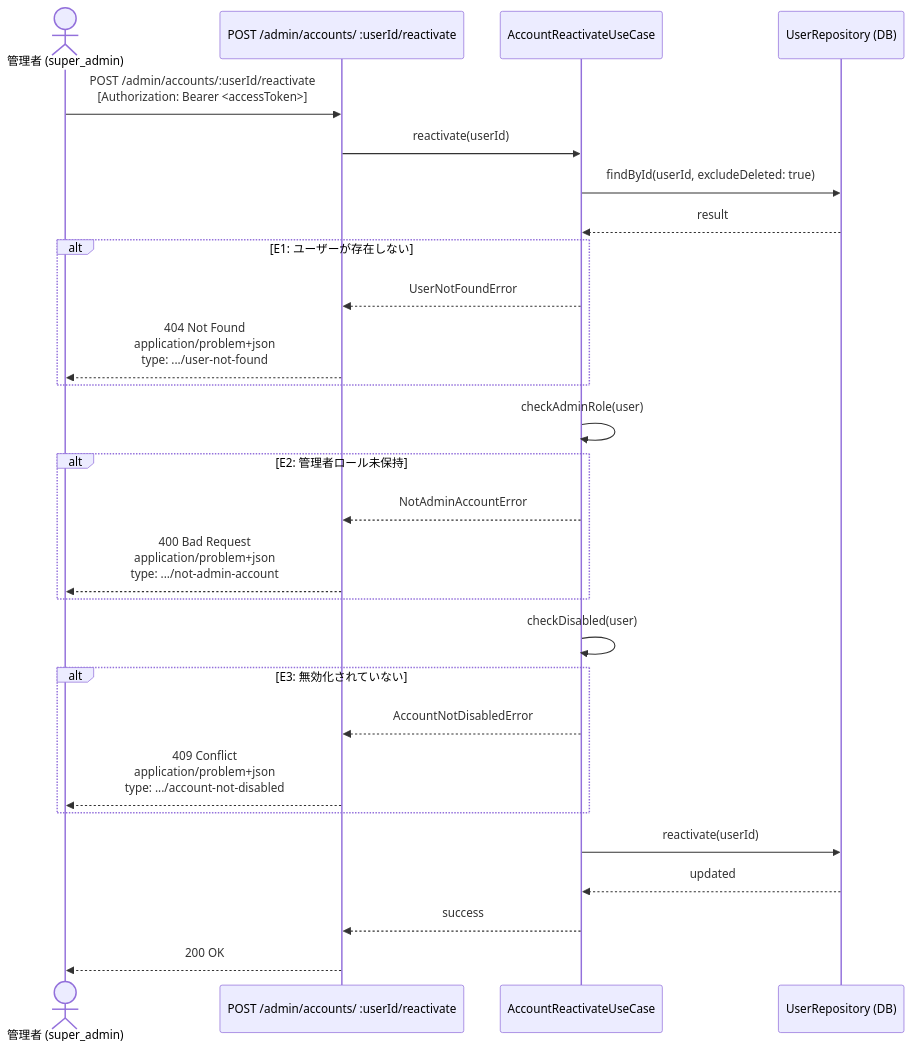
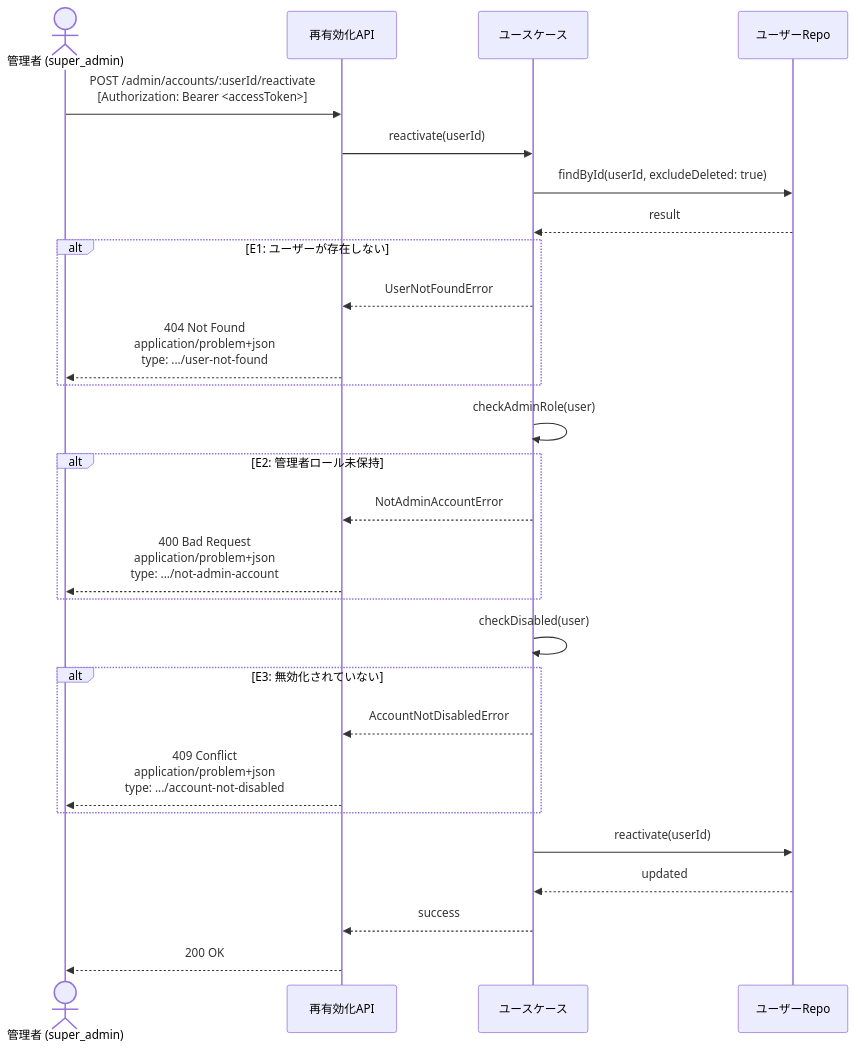
One commit to suunet/POC_HYDRA_AUTH changed the second of 2 diagrams in .docs/design/buc/BUC-A05.md. Above: the diagram before and after it, drawn with Mermaid. The commit also changed 15 other files, not shown here.

````diff
--- a/.docs/design/buc/BUC-A05.md
+++ b/.docs/design/buc/BUC-A05.md
@@ -95,29 +95,29 @@
 ```mermaid
 sequenceDiagram
-  actor 管理者 as 管理者 (super_admin)
-  participant 再有効化API as POST /admin/accounts/ :userId/reactivate
-  participant ユースケース as AccountReactivateUseCase
-  participant ユーザーRepo as UserRepository (DB)
-  管理者->>再有効化API: POST /admin/accounts/:userId/reactivate<br/>[Authorization: Bearer <accessToken>]
-  再有効化API->>ユースケース: reactivate(userId)
-  ユースケース->>ユーザーRepo: findById(userId, excludeDeleted: true)
-  ユーザーRepo-->>ユースケース: result
+  actor Admin as 管理者 (super_admin)
+  participant ReactivateAPI as 再有効化API
+  participant UseCase as ユースケース
+  participant UserRepo as ユーザーRepo
+  Admin->>ReactivateAPI: POST /admin/accounts/:userId/reactivate<br/>[Authorization: Bearer <accessToken>]
+  ReactivateAPI->>UseCase: reactivate(userId)
+  UseCase->>UserRepo: findById(userId, excludeDeleted: true)
+  UserRepo-->>UseCase: result
   alt E1: ユーザーが存在しない
-  ユースケース-->>再有効化API: UserNotFoundError
-  再有効化API-->>管理者: 404 Not Found<br/>application/problem+json<br/>type: .../user-not-found
+  UseCase-->>ReactivateAPI: UserNotFoundError
+  ReactivateAPI-->>Admin: 404 Not Found<br/>application/problem+json<br/>type: .../user-not-found
   end
-  ユースケース->>ユースケース: checkAdminRole(user)
+  UseCase->>UseCase: checkAdminRole(user)
   alt E2: 管理者ロール未保持
-  ユースケース-->>再有効化API: NotAdminAccountError
-  再有効化API-->>管理者: 400 Bad Request<br/>application/problem+json<br/>type: .../not-admin-account
+  UseCase-->>ReactivateAPI: NotAdminAccountError
+  ReactivateAPI-->>Admin: 400 Bad Request<br/>application/problem+json<br/>type: .../not-admin-account
   end
-  ユースケース->>ユースケース: checkDisabled(user)
+  UseCase->>UseCase: checkDisabled(user)
   alt E3: 無効化されていない
-  ユースケース-->>再有効化API: AccountNotDisabledError
-  再有効化API-->>管理者: 409 Conflict<br/>application/problem+json<br/>type: .../account-not-disabled
+  UseCase-->>ReactivateAPI: AccountNotDisabledError
+  ReactivateAPI-->>Admin: 409 Conflict<br/>application/problem+json<br/>type: .../account-not-disabled
   end
-  ユースケース->>ユーザーRepo: reactivate(userId)
-  ユーザーRepo-->>ユースケース: updated
-  ユースケース-->>再有効化API: success
-  再有効化API-->>管理者: 200 OK
+  UseCase->>UserRepo: reactivate(userId)
+  UserRepo-->>UseCase: updated
+  UseCase-->>ReactivateAPI: success
+  ReactivateAPI-->>Admin: 200 OK
 ```
````
